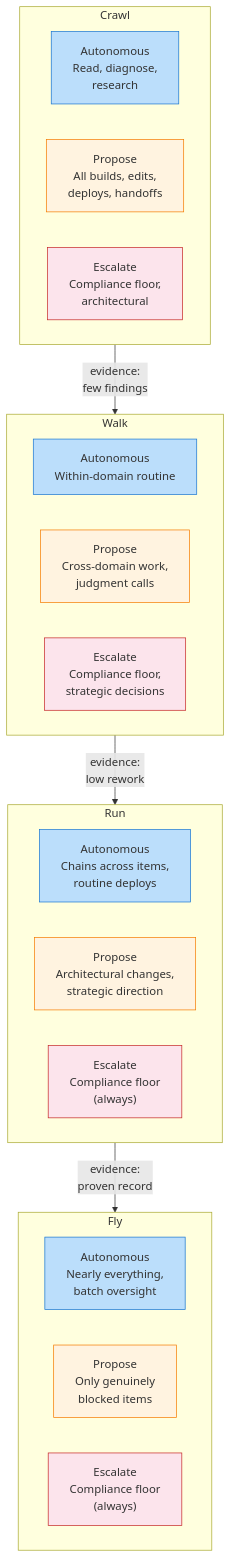
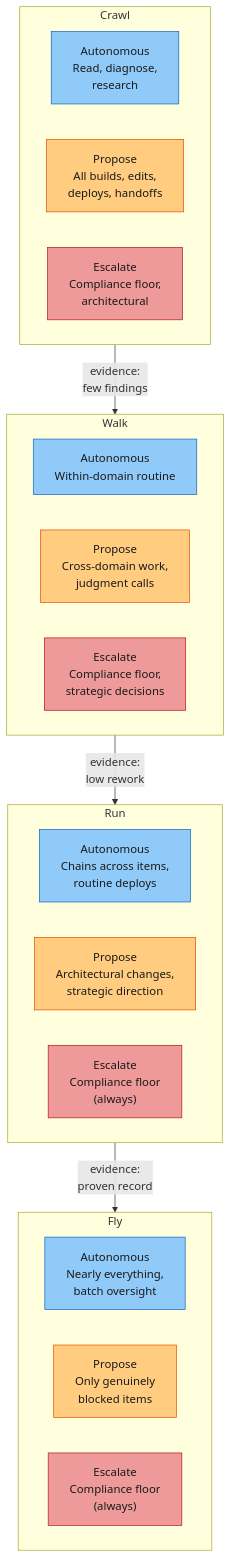
The fifth of 20 diagrams in docs/COLLABORATION-MODEL.md (rdunie/venutian-antfarm), drawn with Mermaid before and after one commit. The commit also changed other lines of this file and 22 other files, not shown here.

````diff
--- a/docs/COLLABORATION-MODEL.md
+++ b/docs/COLLABORATION-MODEL.md
@@ -137,43 +139,43 @@
 ```mermaid
 flowchart TD
     subgraph CRAWL ["Crawl"]
         C_A["Autonomous\nRead, diagnose,\nresearch"]
         C_P["Propose\nAll builds, edits,\ndeploys, handoffs"]
         C_E["Escalate\nCompliance floor,\narchitectural"]
     end
 
     subgraph WALK ["Walk"]
         W_A["Autonomous\nWithin-domain routine"]
         W_P["Propose\nCross-domain work,\njudgment calls"]
         W_E["Escalate\nCompliance floor,\nstrategic decisions"]
     end
 
     subgraph RUN ["Run"]
         R_A["Autonomous\nChains across items,\nroutine deploys"]
         R_P["Propose\nArchitectural changes,\nstrategic direction"]
         R_E["Escalate\nCompliance floor\n(always)"]
     end
 
     subgraph FLY ["Fly"]
         F_A["Autonomous\nNearly everything,\nbatch oversight"]
         F_P["Propose\nOnly genuinely\nblocked items"]
         F_E["Escalate\nCompliance floor\n(always)"]
     end
 
     CRAWL -->|"evidence:\nfew findings"| WALK
     WALK -->|"evidence:\nlow rework"| RUN
     RUN -->|"evidence:\nproven record"| FLY
 
-    style C_A fill:#bbdefb,stroke:#1976D2
-    style C_P fill:#fff3e0,stroke:#F57C00
-    style C_E fill:#fce4ec,stroke:#C62828
-    style W_A fill:#bbdefb,stroke:#1976D2
-    style W_P fill:#fff3e0,stroke:#F57C00
-    style W_E fill:#fce4ec,stroke:#C62828
-    style R_A fill:#bbdefb,stroke:#1976D2
-    style R_P fill:#fff3e0,stroke:#F57C00
-    style R_E fill:#fce4ec,stroke:#C62828
-    style F_A fill:#bbdefb,stroke:#1976D2
-    style F_P fill:#fff3e0,stroke:#F57C00
-    style F_E fill:#fce4ec,stroke:#C62828
+    style C_A fill:#90caf9,stroke:#1565c0,color:#1a1a1a
+    style C_P fill:#ffcc80,stroke:#e65100,color:#1a1a1a
+    style C_E fill:#ef9a9a,stroke:#b71c1c,color:#1a1a1a
+    style W_A fill:#90caf9,stroke:#1565c0,color:#1a1a1a
+    style W_P fill:#ffcc80,stroke:#e65100,color:#1a1a1a
+    style W_E fill:#ef9a9a,stroke:#b71c1c,color:#1a1a1a
+    style R_A fill:#90caf9,stroke:#1565c0,color:#1a1a1a
+    style R_P fill:#ffcc80,stroke:#e65100,color:#1a1a1a
+    style R_E fill:#ef9a9a,stroke:#b71c1c,color:#1a1a1a
+    style F_A fill:#90caf9,stroke:#1565c0,color:#1a1a1a
+    style F_P fill:#ffcc80,stroke:#e65100,color:#1a1a1a
+    style F_E fill:#ef9a9a,stroke:#b71c1c,color:#1a1a1a
 ```
````
